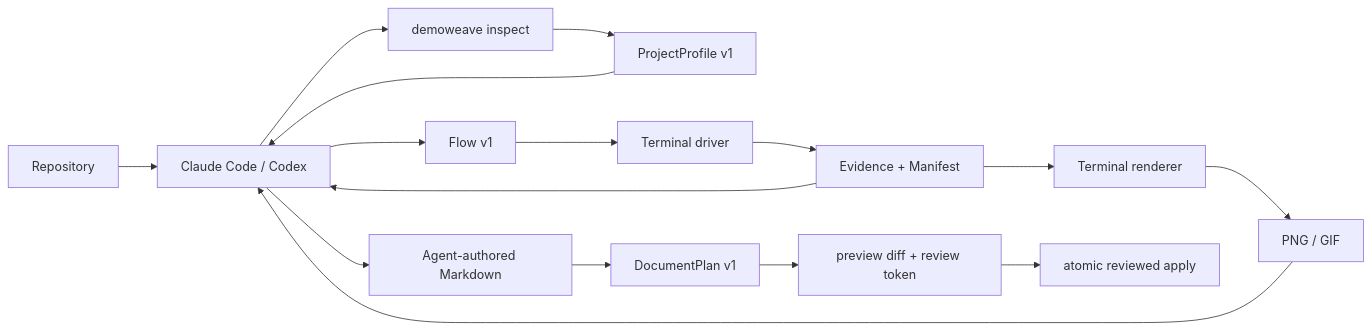
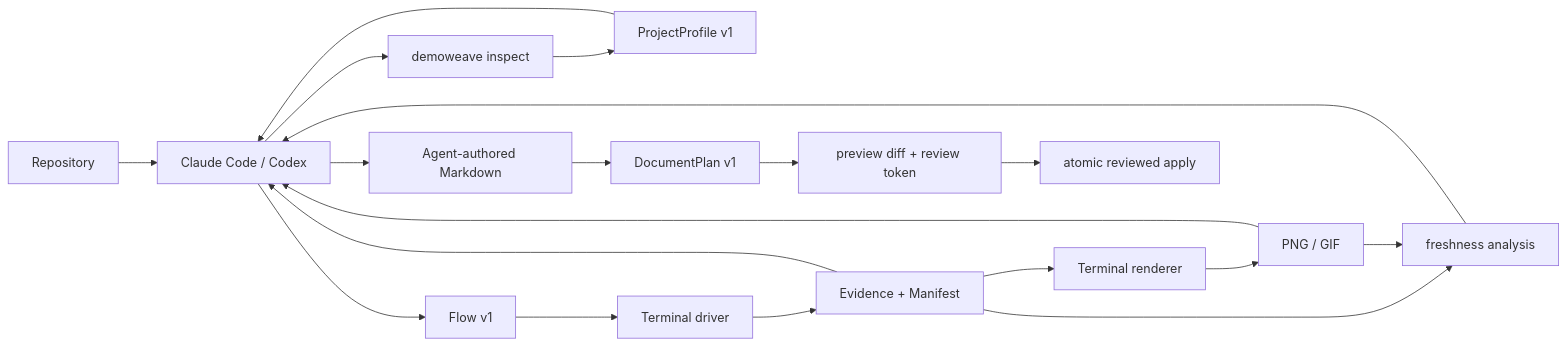
The diagram in README.md (KingHacker9000/demoweave), drawn with Mermaid before and after one commit. The commit also changed other lines of this file and 17 other files, not shown here.

````diff
--- a/README.md
+++ b/README.md
@@ -45,18 +45,21 @@
 ```mermaid
 flowchart LR
     R["Repository"] --> A["Claude Code / Codex"]
     A --> I["demoweave inspect"]
     I --> P["ProjectProfile v1"]
     P --> A
     A --> F["Flow v1"]
     F --> D["Terminal driver"]
     D --> E["Evidence + Manifest"]
     E --> V["Terminal renderer"]
     V --> M["PNG / GIF"]
+    E --> S["freshness analysis"]
+    M --> S
+    S --> A
     E --> A
     M --> A
     A --> W["Agent-authored Markdown"]
     W --> DP["DocumentPlan v1"]
     DP --> RV["preview diff + review token"]
     RV --> AP["atomic reviewed apply"]
 ```
````
